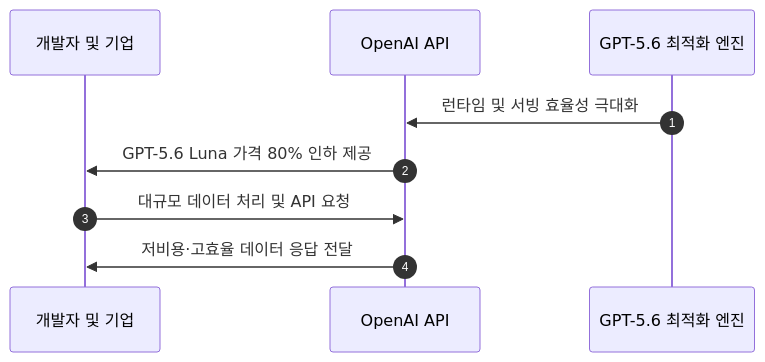
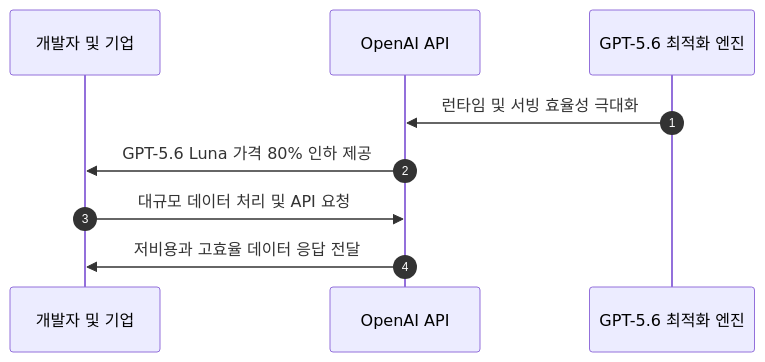
The second of 3 diagrams in _posts/2026-08-02-openai-slashes-gpt-5-6-luna-api-price-by-80-percent-and-terra-by-20-percent.md (jjxxmiin/jjxxmiin.github.io), drawn with Mermaid before and after one commit. The commit also changed other lines of this file and 624 other files, not shown here.

````diff
--- a/_posts/2026-08-02-openai-slashes-gpt-5-6-luna-api-price-by-80-percent-and-terra-by-20-percent.md
+++ b/_posts/2026-08-02-openai-slashes-gpt-5-6-luna-api-price-by-80-percent-and-terra-by-20-percent.md
@@ -86,12 +91,12 @@
 ```mermaid
 sequenceDiagram
     autonumber
     participant Dev as 개발자 및 기업
     participant API as OpenAI API
     participant Model as GPT-5.6 최적화 엔진
     
     Model->>API: 런타임 및 서빙 효율성 극대화
     API->>Dev: GPT-5.6 Luna 가격 80% 인하 제공
     Dev->>API: 대규모 데이터 처리 및 API 요청
-    API->>Dev: 저비용·고효율 데이터 응답 전달
+    API->>Dev: 저비용과 고효율 데이터 응답 전달
 ```
````
